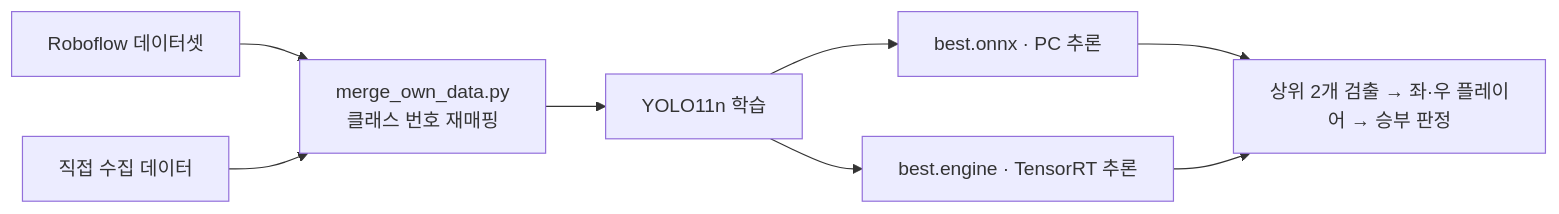
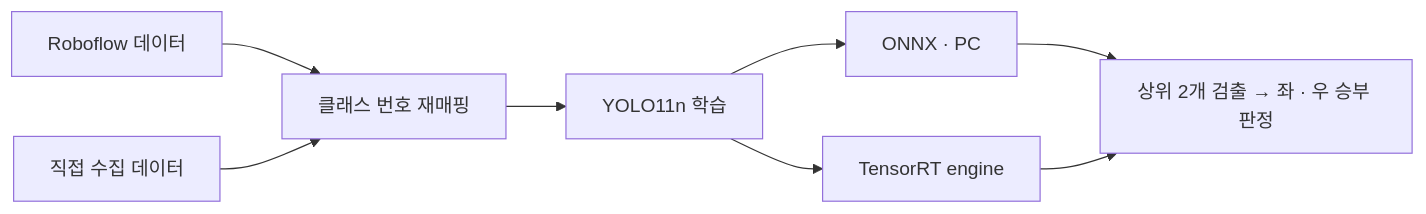
Before and after one commit to minjaon/Portfolio: the fifth of 5 diagrams in README.md, drawn with Mermaid. The commit also changed other lines of this file and 79994 other files, not shown here.

````diff
--- a/README.md
+++ b/README.md
@@ -301,9 +438,10 @@
 ```mermaid
 flowchart LR
-    D1[Roboflow 데이터셋] --> MG[merge_own_data.py<br/>클래스 번호 재매핑]
+    D1[Roboflow 데이터] --> MG[클래스 번호 재매핑]
     D2[직접 수집 데이터] --> MG
     MG --> TR[YOLO11n 학습]
-    TR --> OX[best.onnx · PC 추론]
-    TR --> EN[best.engine · TensorRT 추론]
-    OX & EN --> G[상위 2개 검출 → 좌·우 플레이어 → 승부 판정]
+    TR --> OX[ONNX · PC]
+    TR --> EN[TensorRT engine]
+    OX --> G[상위 2개 검출 → 좌 · 우 승부 판정]
+    EN --> G
 ```
````
